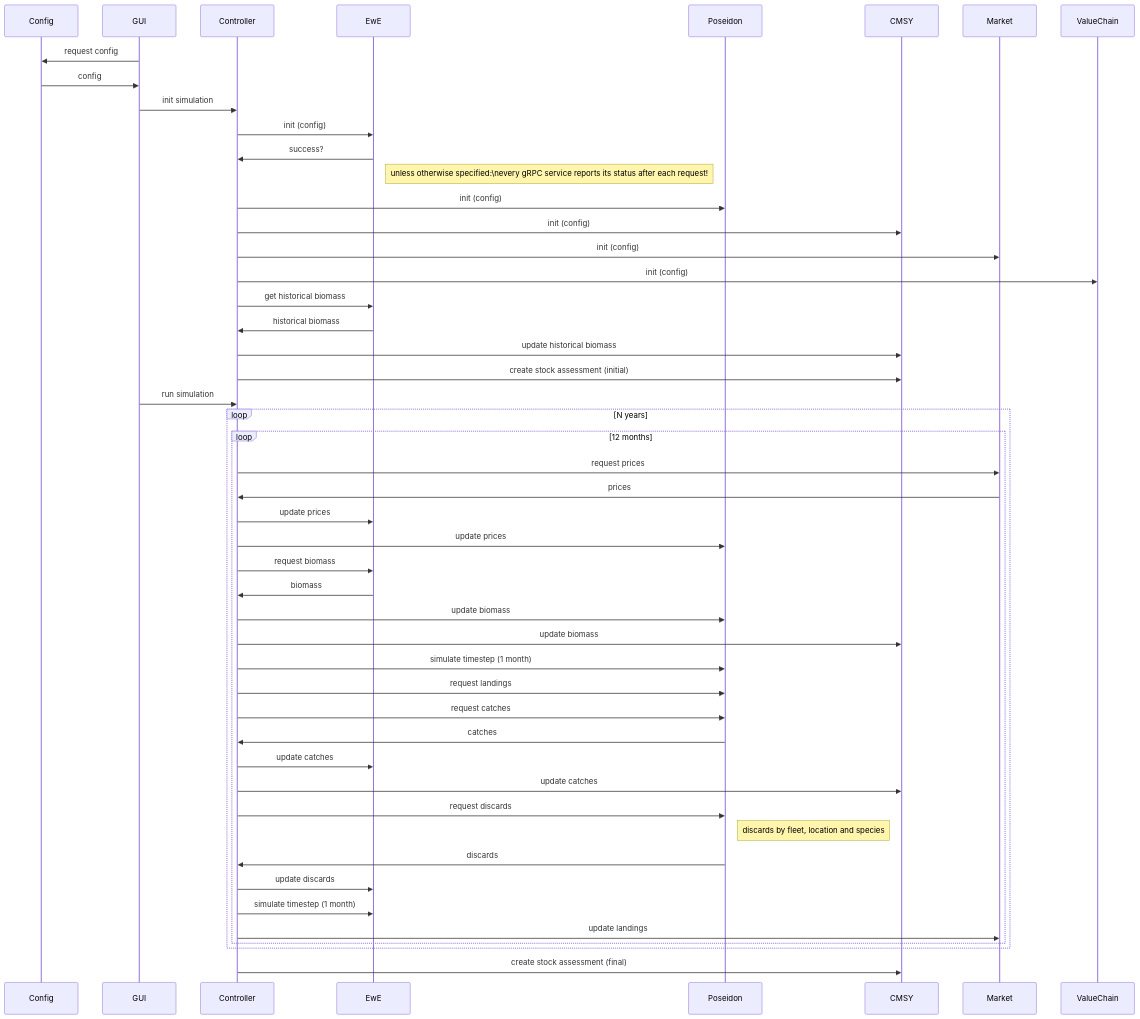
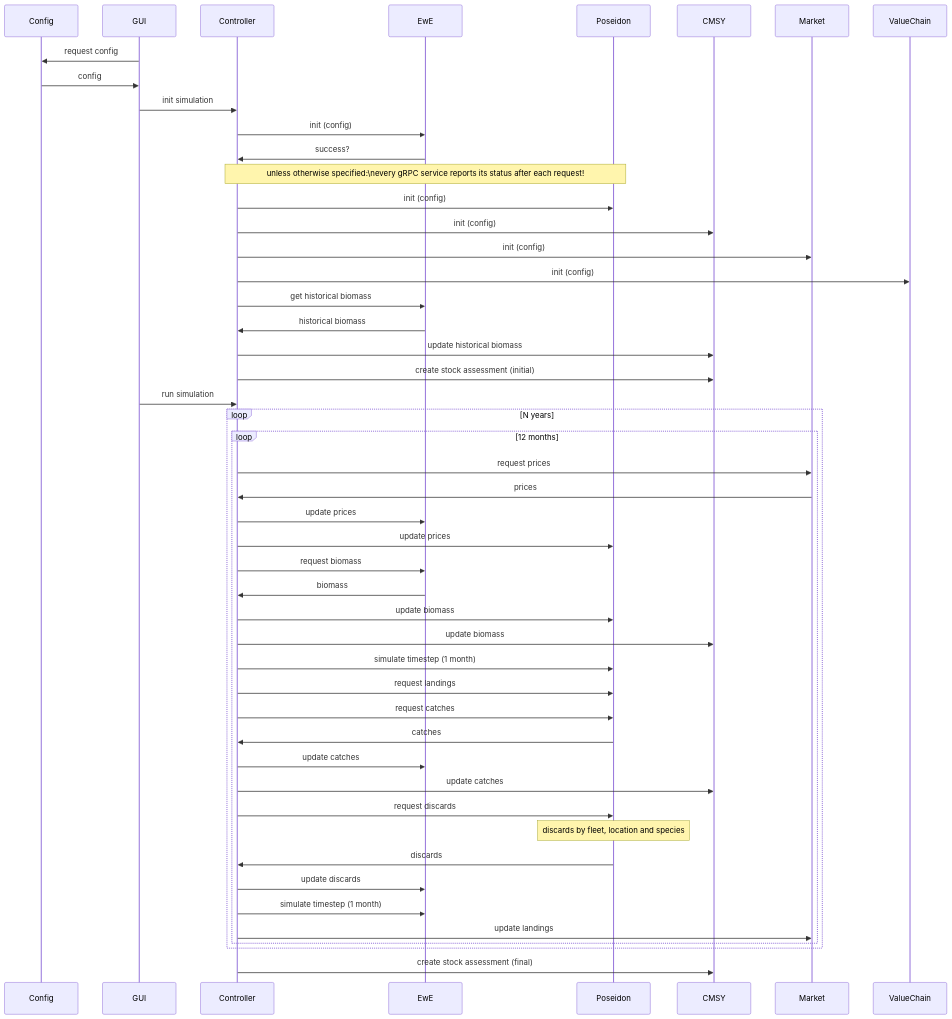
The diagram in SequenceDiagram.md (SURIMI-Project/SURIMI-project), drawn with Mermaid before and after one commit. The commit also changed other lines of this file, not shown here.

````diff
--- a/SequenceDiagram.md
+++ b/SequenceDiagram.md
@@ -3,62 +3,62 @@
 ```mermaid
 
  sequenceDiagram
 
     participant Config
     participant GUI
     participant Controller
     participant EwE
     participant Poseidon
     participant CMSY
     participant Market
     participant ValueChain
 
     %% Initialization %%
     %% this is the init %%
     GUI ->> Config: request config
     Config ->> GUI: config
     GUI ->> Controller: init simulation
 
     Controller ->> EwE: init (config)
     EwE ->> Controller: success?
-    Note right of EwE: unless otherwise specified:\nevery gRPC service reports its status after each request!
+    Note over Controller, Poseidon: unless otherwise specified:\nevery gRPC service reports its status after each request!
     Controller ->> Poseidon: init (config)
     Controller ->> CMSY: init (config)
     Controller ->> Market: init (config)
     Controller ->> ValueChain: init (config)
 
     Controller ->> EwE: get historical biomass
     EwE ->> Controller: historical biomass
     Controller ->> CMSY: update historical biomass
     Controller ->> CMSY: create stock assessment (initial)
 
     %% Simulation %%
     %% starting the simulation %%
     GUI ->> Controller: run simulation
 
     loop N years
         loop 12 months
             Controller ->> Market: request prices
             Market ->> Controller: prices
             Controller ->> EwE: update prices
             Controller ->> Poseidon: update prices
             Controller ->> EwE: request biomass
             EwE ->> Controller: biomass
             Controller ->> Poseidon: update biomass
             Controller ->> CMSY: update biomass
             Controller ->> Poseidon: simulate timestep (1 month)
             Controller ->> Poseidon: request landings
             Controller ->> Poseidon: request catches
             Poseidon ->> Controller: catches
             Controller ->> EwE: update catches
             Controller ->> CMSY: update catches
             Controller ->> Poseidon: request discards
-            Note right of Poseidon: discards by fleet, location and species
+            Note over Poseidon: discards by fleet, location and species
             Poseidon ->> Controller: discards
             Controller ->> EwE: update discards
             Controller ->> EwE: simulate timestep (1 month)
             Controller ->> Market: update landings
         end
     end
     Controller ->> CMSY: create stock assessment (final) 
 ```
````
